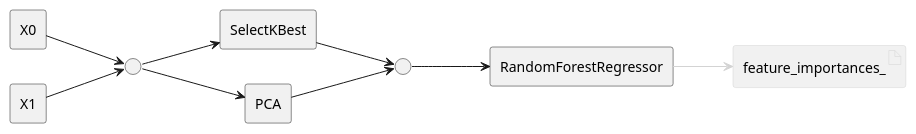
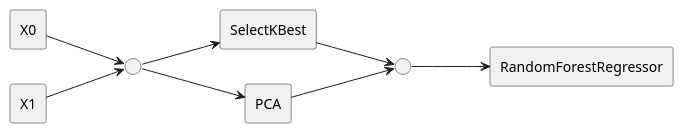
The diagram in ibex_pres/col_aggregating_further_transformations.plantuml (atavory/atavory.github.io), drawn with PlantUML before and after one commit. The commit also changed 11 other files, not shown here.

```diff
--- a/ibex_pres/col_aggregating_further_transformations.plantuml
+++ b/ibex_pres/col_aggregating_further_transformations.plantuml
@@ -1,29 +1,27 @@
 @startuml
 
 skinparam monochrome true
 skinparam shadowing false
 
 left to right direction
 
 skinparam artifact {
     BorderColor lightgrey
 }
 
 rectangle X0
 rectangle X1
 interface " " as c0
 rectangle SelectKBest
 rectangle PCA
 interface " " as c1
 rectangle RandomForestRegressor
-artifact feature_importances_
 X0 --> c0
 X1 --> c0 
 c0 --> SelectKBest
 c0 --> PCA
 SelectKBest --> c1
 PCA --> c1
 c1 --> RandomForestRegressor
-RandomForestRegressor -[#lightgrey]-> feature_importances_
 
 @enduml
```
